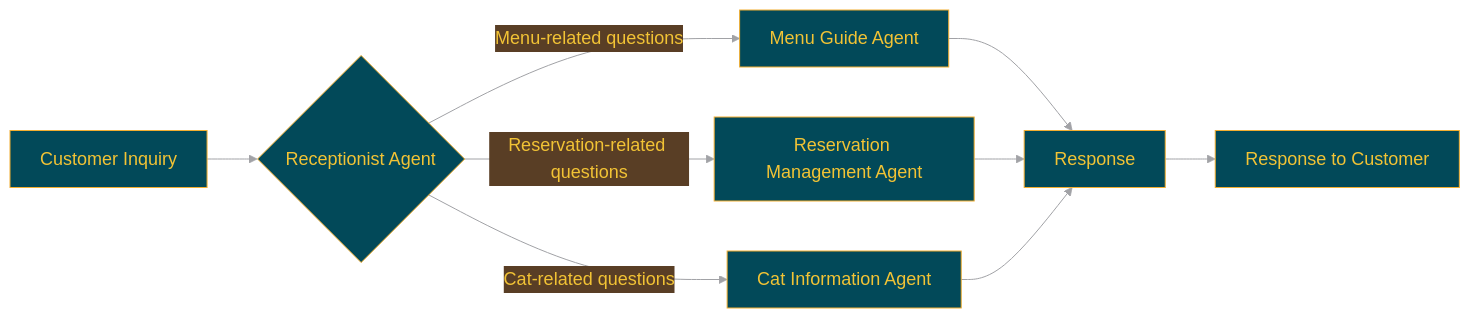
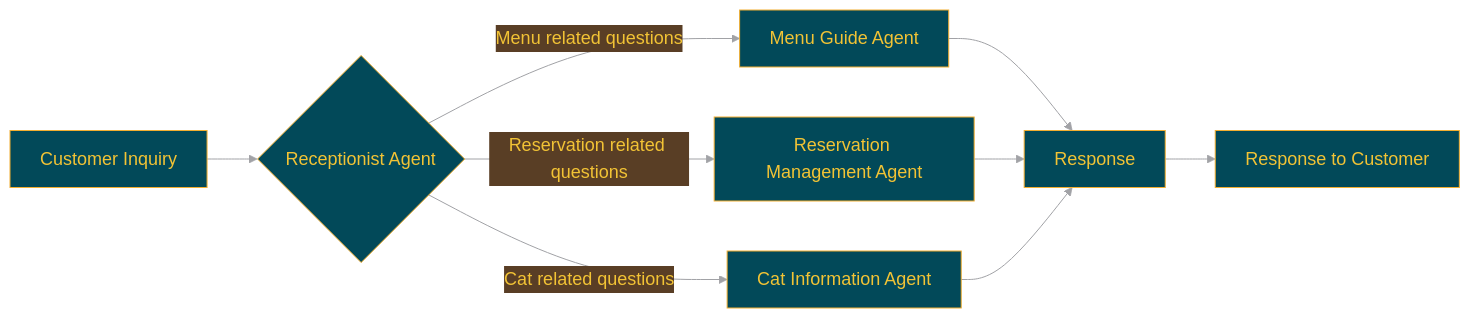
Before and after one commit to Sunwood-ai-labs/swarm-cat-cafe: the diagram in docs/README.en.md, drawn with Mermaid. The commit also changed other lines of this file, not shown here.

````diff
--- a/docs/README.en.md
+++ b/docs/README.en.md
@@ -150,17 +150,17 @@
 ```mermaid
 %%{init:{'theme':'base','themeVariables':{'primaryColor':'#024959','primaryTextColor':'#F2C335','primaryBorderColor':'#F2AE30','lineColor':'#A1A2A6','secondaryColor':'#593E25','tertiaryColor':'#F2C335','noteTextColor':'#024959','noteBkgColor':'#F2C335','textColor':'#024959','fontSize':'18px'}}}%%
 
 graph LR
     A[Customer Inquiry] --> B{Receptionist Agent}
-    B -- Menu-related questions --> C[Menu Guide Agent]
-    B -- Reservation-related questions --> D[Reservation Management Agent]
-    B -- Cat-related questions --> E[Cat Information Agent]
+    B -- Menu related questions --> C[Menu Guide Agent]
+    B -- Reservation related questions --> D[Reservation Management Agent]
+    B -- Cat related questions --> E[Cat Information Agent]
     C --> F[Response]
     D --> F
     E --> F
     F --> G[Response to Customer]
 
     class B,C,D,E agent;
     class A,G process;
 
 ```
````
